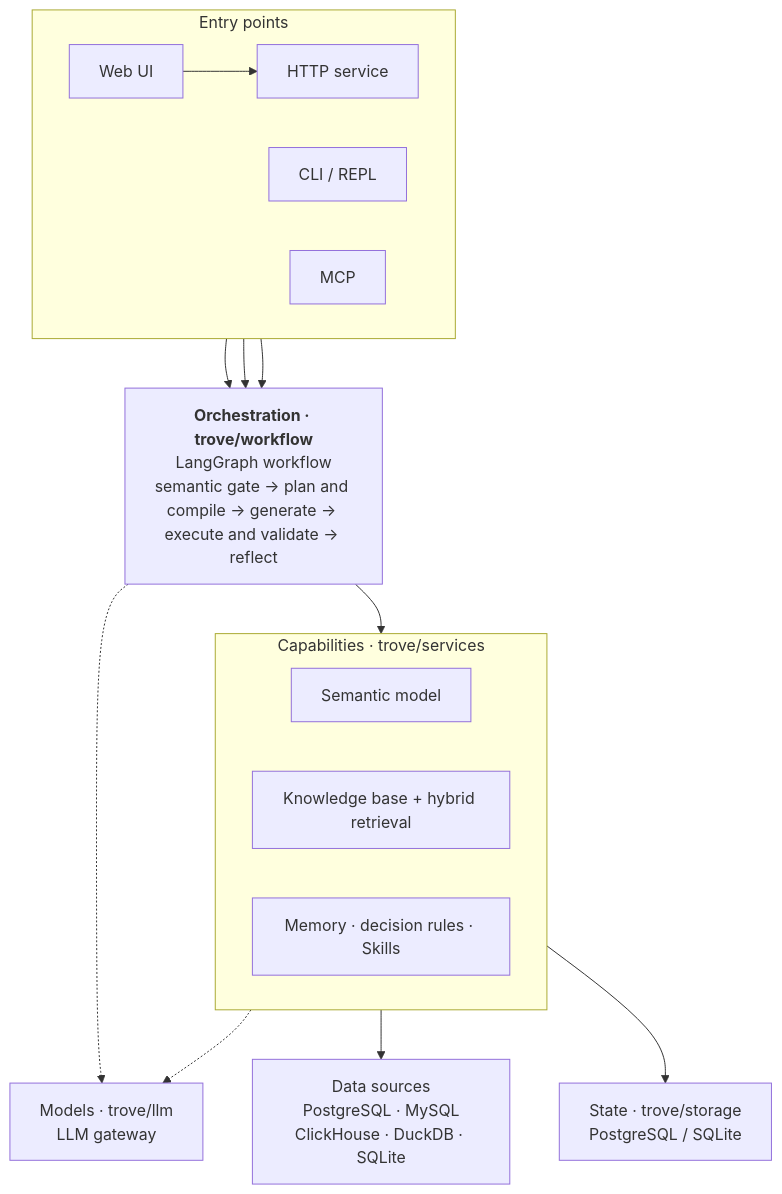
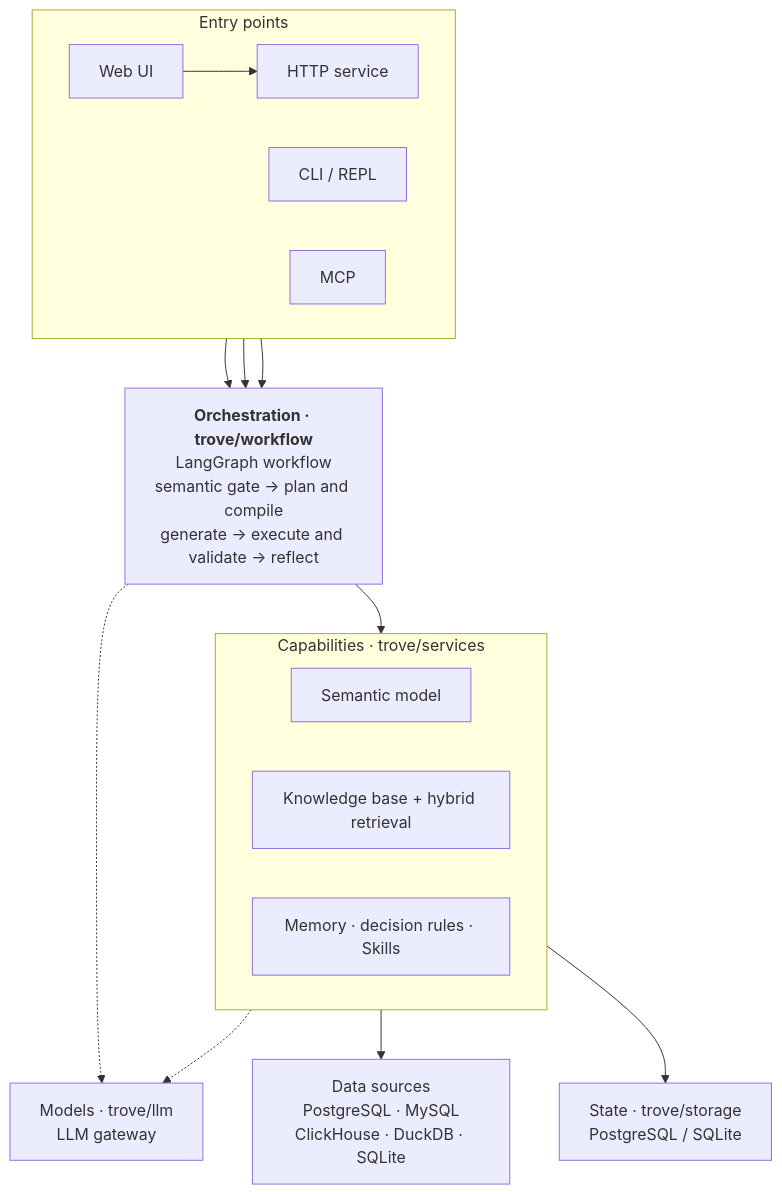
Before and after one commit to Nivane/trove: the first of 3 diagrams in README.en.md, drawn with Mermaid. The commit also changed 3 other files, not shown here.

First line of the commit message:
docs(site): 图改成直线走线 + 全貌图拓扑理顺

````diff
--- a/README.en.md
+++ b/README.en.md
@@ -46,33 +46,31 @@
 ```mermaid
 flowchart TB
     subgraph entry["Entry points"]
         direction LR
-        UI["Web UI"]
+        UI["Web UI"] --> SRV["HTTP service"]
         CLI["CLI / REPL"]
-        SRV["HTTP service"]
         MCP["MCP"]
     end
 
-    WF["<b>Orchestration · trove/workflow</b><br/>LangGraph workflow<br/>semantic gate → plan and compile → generate → execute and validate → reflect"]
+    WF["<b>Orchestration · trove/workflow</b><br/>LangGraph workflow<br/>semantic gate → plan and compile<br/>generate → execute and validate → reflect"]
 
     subgraph caps["Capabilities · trove/services"]
         direction LR
         SEM["Semantic model"]
         KB["Knowledge base + hybrid retrieval"]
         MEM["Memory · decision rules · Skills"]
     end
 
     LLM["Models · trove/llm<br/>LLM gateway"]
+    DS["Data sources<br/>PostgreSQL · MySQL<br/>ClickHouse · DuckDB · SQLite"]
     STATE["State · trove/storage<br/>PostgreSQL / SQLite"]
-    DS["Data sources<br/>PostgreSQL · MySQL<br/>ClickHouse · DuckDB · SQLite"]
 
-    UI --> SRV
     SRV --> WF
     CLI --> WF
     MCP --> WF
     WF --> caps
     KB --> DS
     MEM --> STATE
     WF -.-> LLM
-    MEM -.-> LLM
+    caps -.-> LLM
 ```
````
